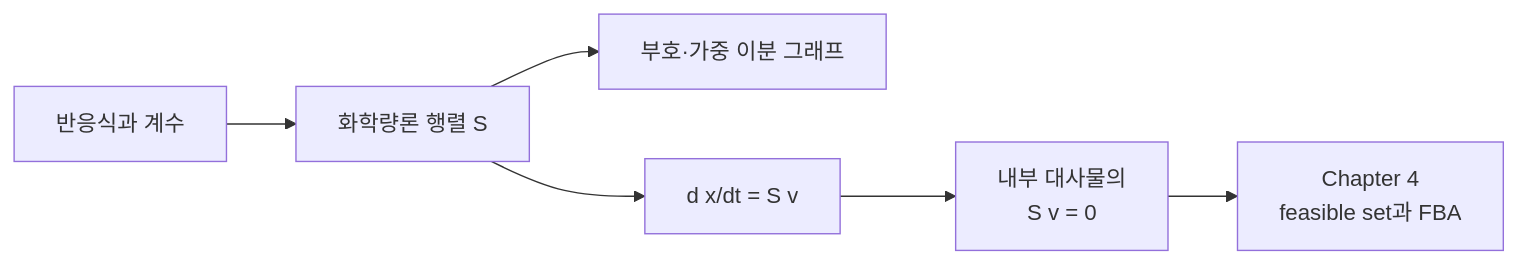
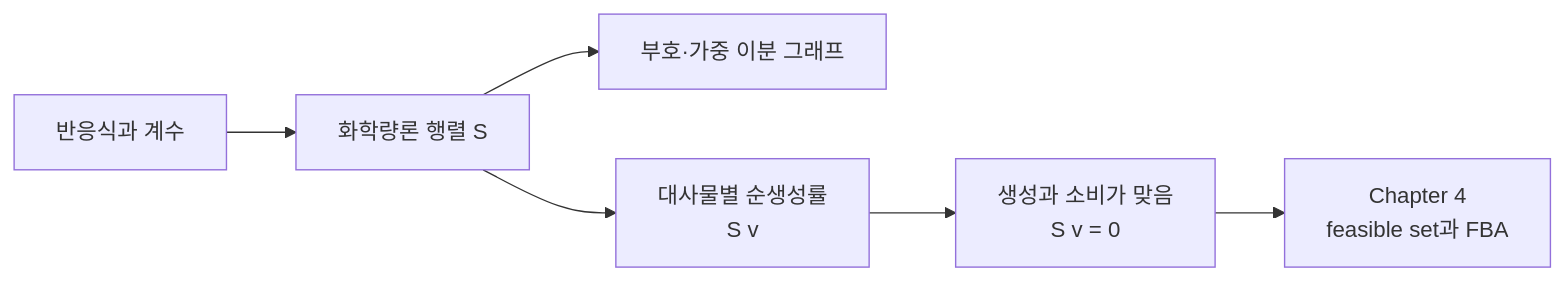
The diagram in chapter-2/README.md (jyryu3161/ebook_metabolic_modeling), drawn with Mermaid before and after one commit. The commit also changed other lines of this file and 370 other files, not shown here.

````diff
--- a/chapter-2/README.md
+++ b/chapter-2/README.md
@@ -35,8 +29,8 @@
 ```mermaid
 flowchart LR
     R["반응식과 계수"] --> S["화학량론 행렬 S"]
     S --> G["부호·가중 이분 그래프"]
-    S --> D["d x/dt = S v"]
-    D --> SS["내부 대사물의<br/>S v = 0"]
+    S --> D["대사물별 순생성률<br/>S v"]
+    D --> SS["생성과 소비가 맞음<br/>S v = 0"]
     SS --> F["Chapter 4<br/>feasible set과 FBA"]
 ```
````
